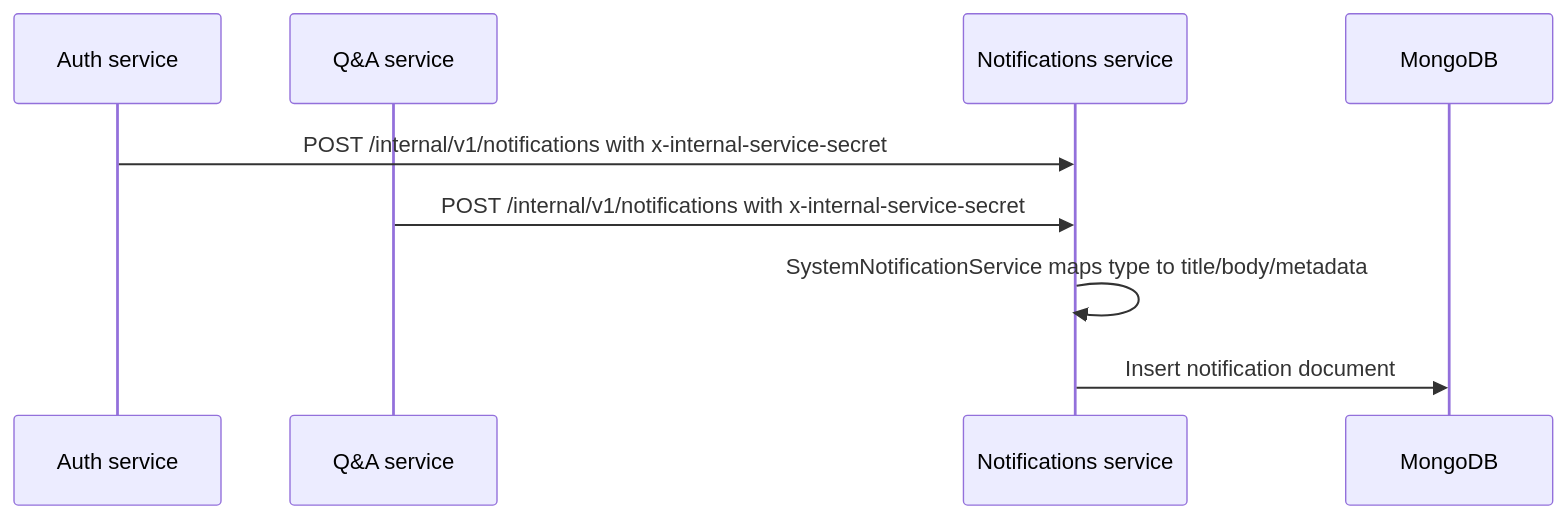
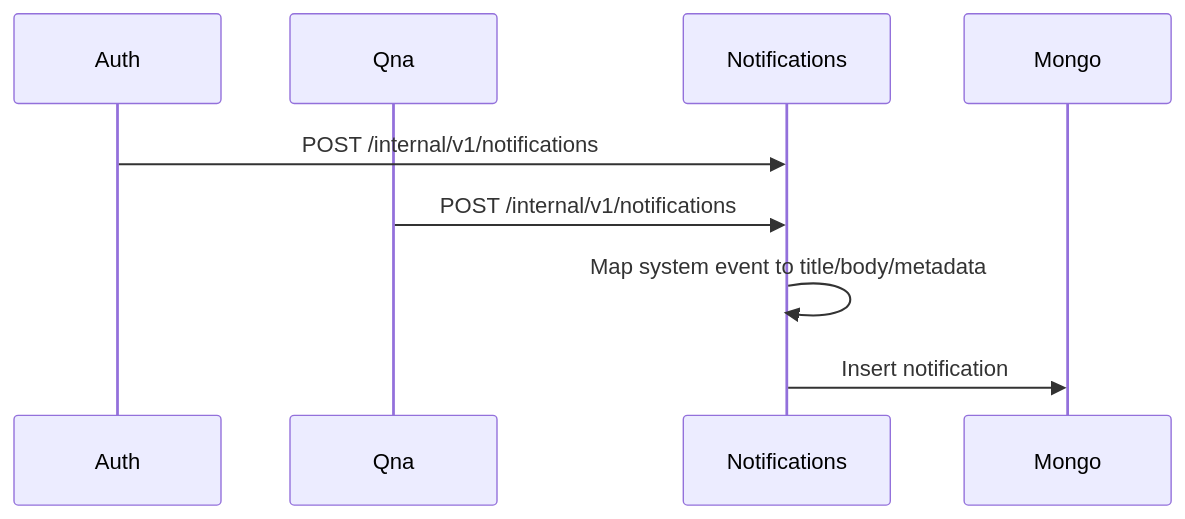
One commit to zgid123/master-project-advanced-database changed the sixth of 7 diagrams in ARCHITECTURE.md. Above: the diagram before and after it, drawn with Mermaid. The commit also changed other lines of this file and 11 other files, not shown here.

````diff
--- a/ARCHITECTURE.md
+++ b/ARCHITECTURE.md
@@ -356,12 +525,12 @@
 ```mermaid
 sequenceDiagram
-  participant Auth as Auth service
-  participant Qna as Q&A service
-  participant Notif as Notifications service
-  participant Mongo as MongoDB
+  participant Auth
+  participant Qna
+  participant Notifications
+  participant Mongo
 
-  Auth->>Notif: POST /internal/v1/notifications with x-internal-service-secret
-  Qna->>Notif: POST /internal/v1/notifications with x-internal-service-secret
-  Notif->>Notif: SystemNotificationService maps type to title/body/metadata
-  Notif->>Mongo: Insert notification document
+  Auth->>Notifications: POST /internal/v1/notifications
+  Qna->>Notifications: POST /internal/v1/notifications
+  Notifications->>Notifications: Map system event to title/body/metadata
+  Notifications->>Mongo: Insert notification
 ```
````
